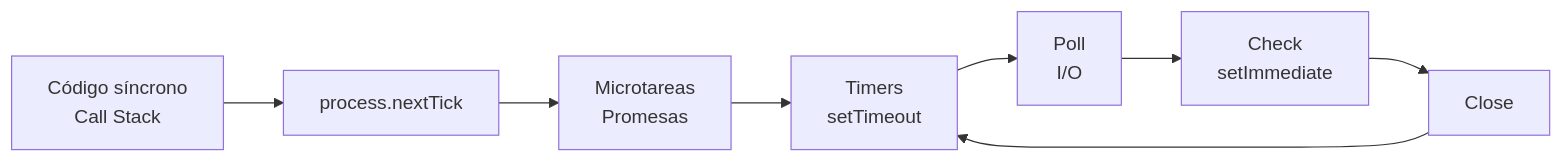
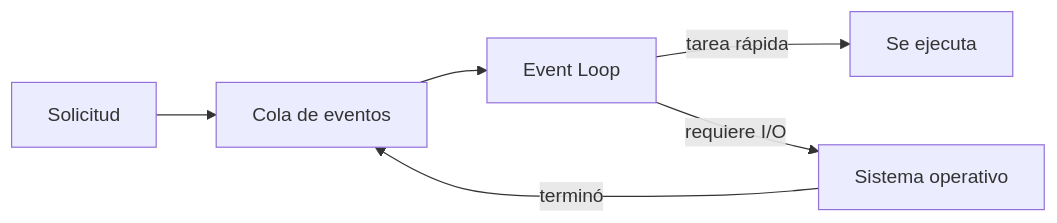
Before and after one commit to bbautista2026ipf-star/javascript-documentacion-berenfeld-bautista: the diagram in backend/01-nodejs/README.md, drawn with Mermaid. The commit also changed other lines of this file, not shown here.

````diff
--- a/backend/01-nodejs/README.md
+++ b/backend/01-nodejs/README.md
@@ -49,10 +66,8 @@
 ```mermaid
 flowchart LR
-    A[Código síncrono<br/>Call Stack] --> B[process.nextTick]
-    B --> C[Microtareas<br/>Promesas]
-    C --> D[Timers<br/>setTimeout]
-    D --> E[Poll<br/>I/O]
-    E --> F[Check<br/>setImmediate]
-    F --> G[Close]
-    G --> D
+    A[Solicitud] --> B[Cola de eventos]
+    B --> C[Event Loop]
+    C -->|tarea rápida| D[Se ejecuta]
+    C -->|requiere I/O| E[Sistema operativo]
+    E -->|terminó| B
 ```
````
